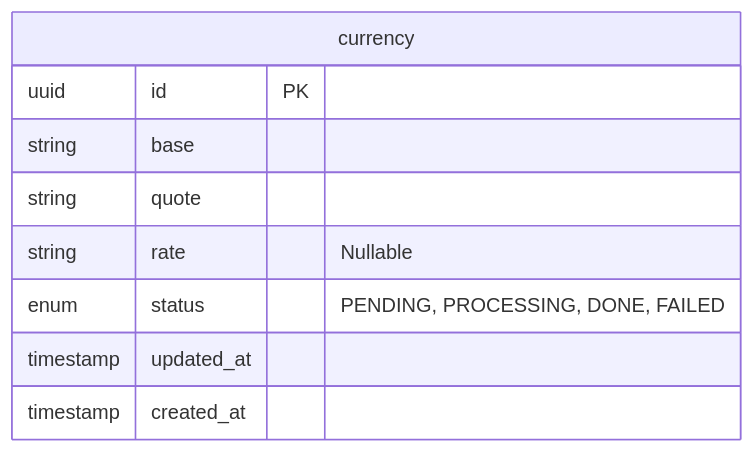
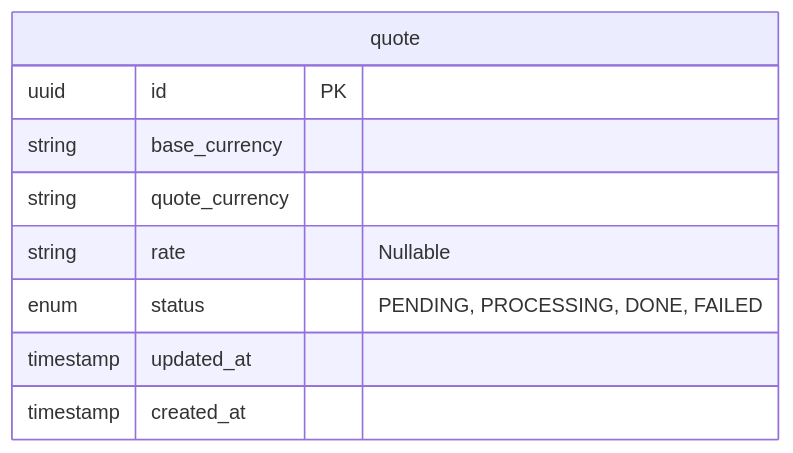
One commit to slackerkids/plata-currency-exchange changed the diagram in README.md. Above: the diagram before and after it, drawn with Mermaid. The commit also changed other lines of this file, not shown here.

Commit message:
docs/excalidraw link add

````diff
--- a/README.md
+++ b/README.md
@@ -53,12 +55,12 @@
 ```mermaid
 erDiagram
-    currency {
+    quote {
         uuid id PK
-        string base
-        string quote
+        string base_currency
+        string quote_currency
         string rate "Nullable"
         enum status "PENDING, PROCESSING, DONE, FAILED"
         timestamp updated_at
         timestamp created_at
     }
 ```
````
